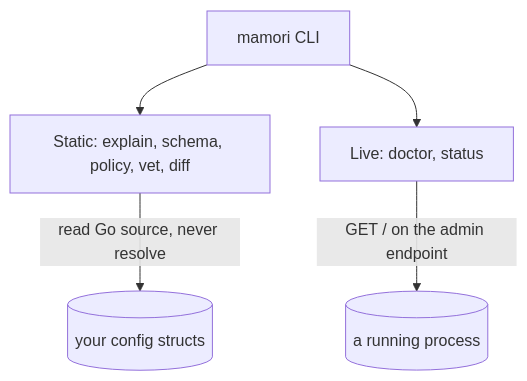
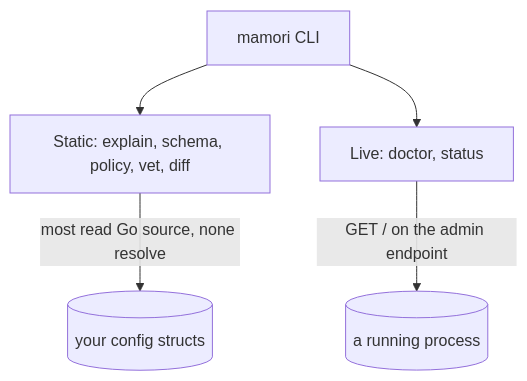
Before and after one commit to xavidop/mamori: the diagram in site/src/pages/docs/cli/index.md, drawn with Mermaid. The commit also changed other lines of this file and 1 other file, not shown here.

Commit message:
docs: correct the CLI index diagram and complete the diff examples

````diff
--- a/site/src/pages/docs/cli/index.md
+++ b/site/src/pages/docs/cli/index.md
@@ -13,8 +13,8 @@
 ```mermaid
 flowchart TD
   CLI[mamori CLI]
   CLI --> S["Static: explain, schema, policy, vet, diff"]
   CLI --> L["Live: doctor, status"]
-  S -->|"read Go source, never resolve"| Src[("your config structs")]
+  S -->|"most read Go source, none resolve"| Src[("your config structs")]
   L -->|"GET / on the admin endpoint"| Proc[("a running process")]
 ```
````
